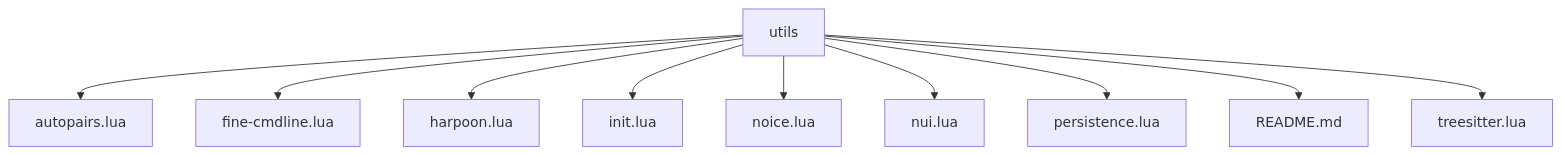
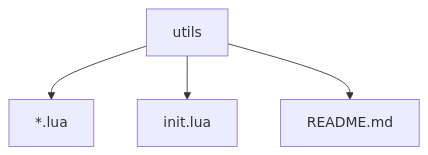
Before and after one commit to the-essence-of-life/sparenvim: the seventh of 7 diagrams in README.md, drawn with Mermaid. The commit also changed other lines of this file, not shown here.

````diff
--- a/README.md
+++ b/README.md
@@ -268,12 +241,6 @@
 ```mermaid
 flowchart TB;
-    utils-->autopairs.lua;
-    utils-->fine-cmdline.lua;
-    utils-->harpoon.lua;
+    utils-->*.lua;
     utils-->init.lua;
-    utils-->noice.lua;
-    utils-->nui.lua;
-    utils-->persistence.lua;
     utils-->README.md;
-    utils-->treesitter.lua;
 ```
````
